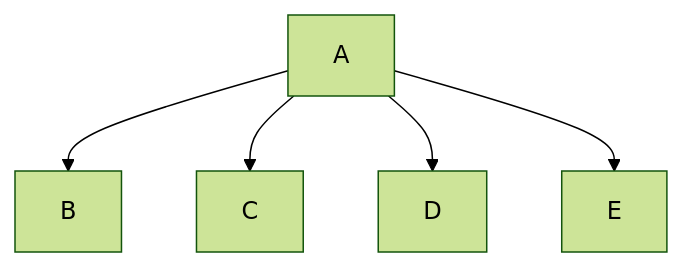
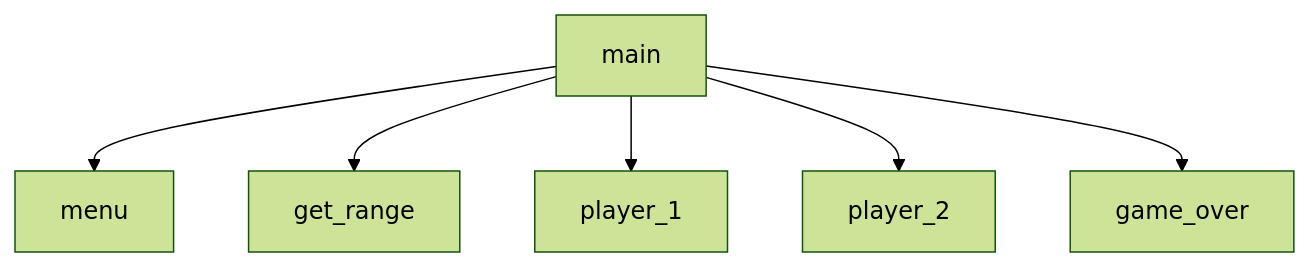
One commit to dahays/2025GitHubTest changed the diagram in README.md. Above: the diagram before and after it, drawn with Mermaid (forest theme).

````diff
--- a/README.md
+++ b/README.md
@@ -9,7 +9,8 @@
 ```mermaid
 graph TD;
-  A-->B;
-  A-->C;
-  A-->D;
-  A-->E;
+  main-->menu;
+  main-->get_range;
+  main-->player_1;
+  main-->player_2;
+  main-->game_over;
 ```
````
